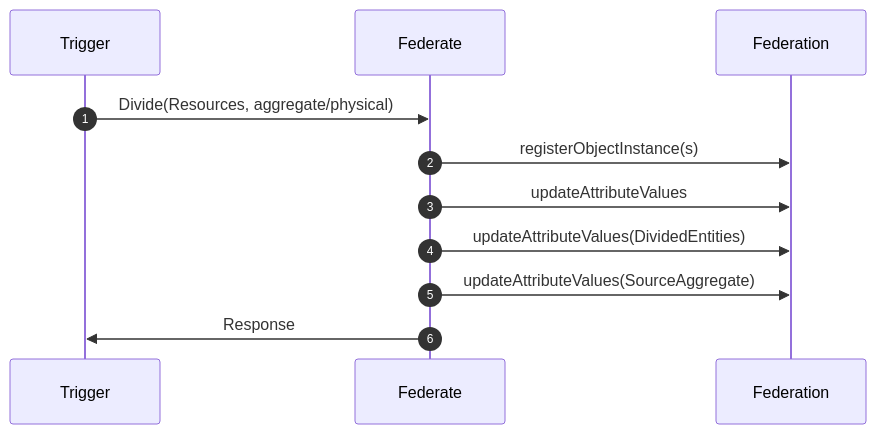
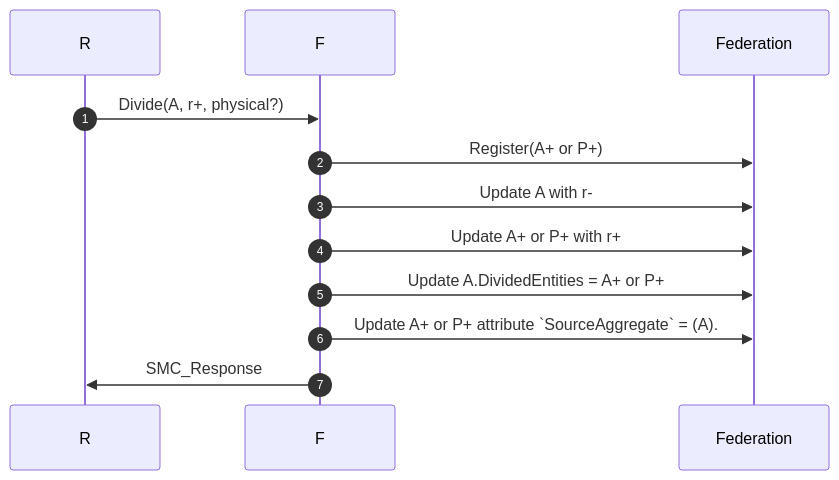
Before and after one commit to AMSP-04/NETN-MRM: the sixth of 9 diagrams in NETN-MRM.md, drawn with Mermaid. The commit also changed other lines of this file and 4 other files, not shown here.

````diff
--- a/NETN-MRM.md
+++ b/NETN-MRM.md
@@ -215,14 +206,15 @@
 ```mermaid 
-sequenceDiagram
+sequenceDiagram 
 autonumber
  
-Trigger->>Federate: Divide(Resources, aggregate/physical) 
+R->>F: Divide(A, r+, physical?) 
  
-Federate->>Federation: registerObjectInstance(s) 
-Federate->>Federation: updateAttributeValues 
-Federate->>Federation: updateAttributeValues(DividedEntities) 
-Federate->>Federation: updateAttributeValues(SourceAggregate) 
+F->>Federation: Register(A+ or P+) 
+F->>Federation: Update A with r- 
+F->>Federation: Update A+ or P+ with r+ 
+F->>Federation: Update A.DividedEntities = A+ or P+
+F->>Federation: Update A+ or P+ attribute `SourceAggregate` = (A).
  
-Federate->>Trigger: Response 
+F->>R: SMC_Response 
  
 ``` 
````
